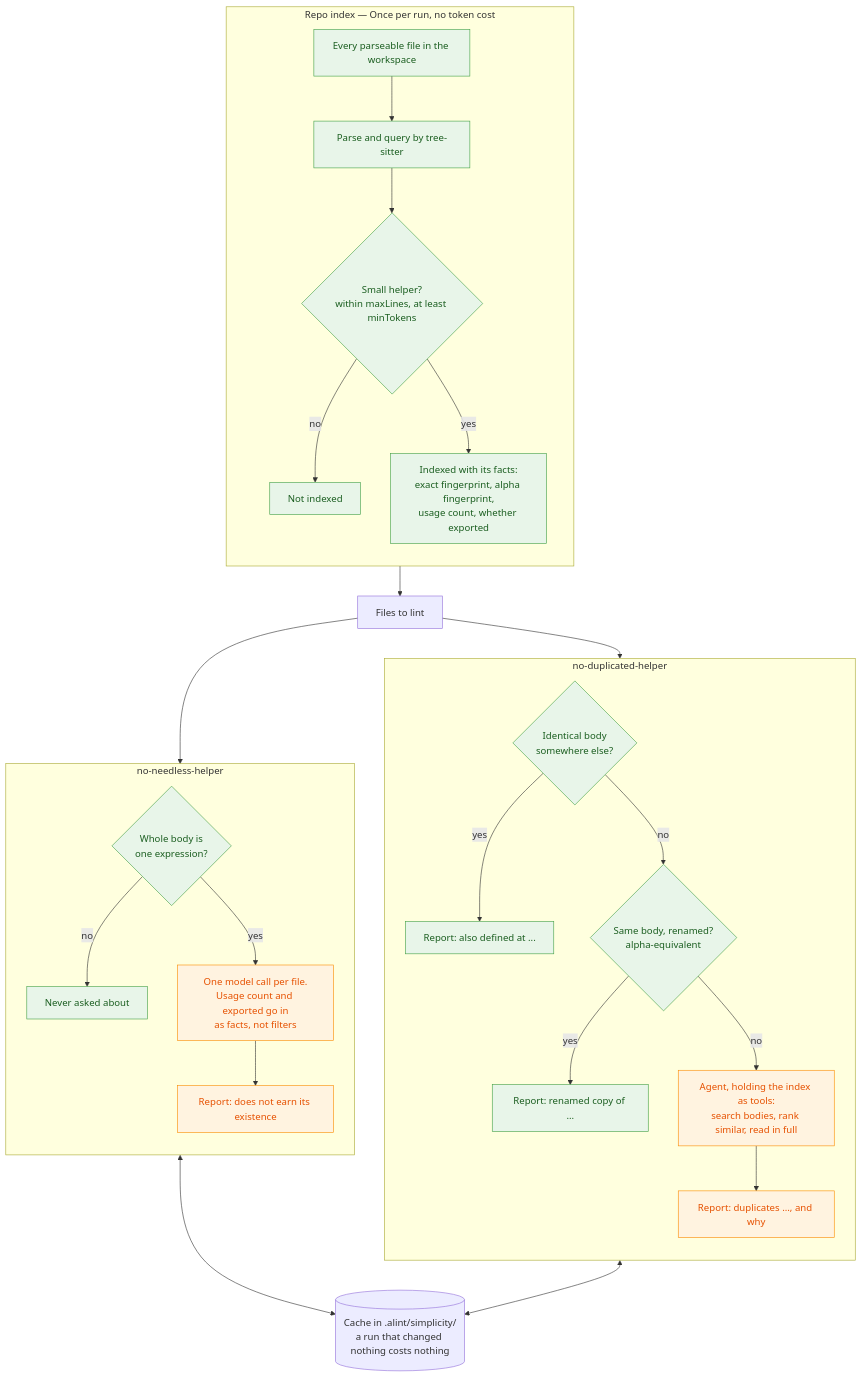
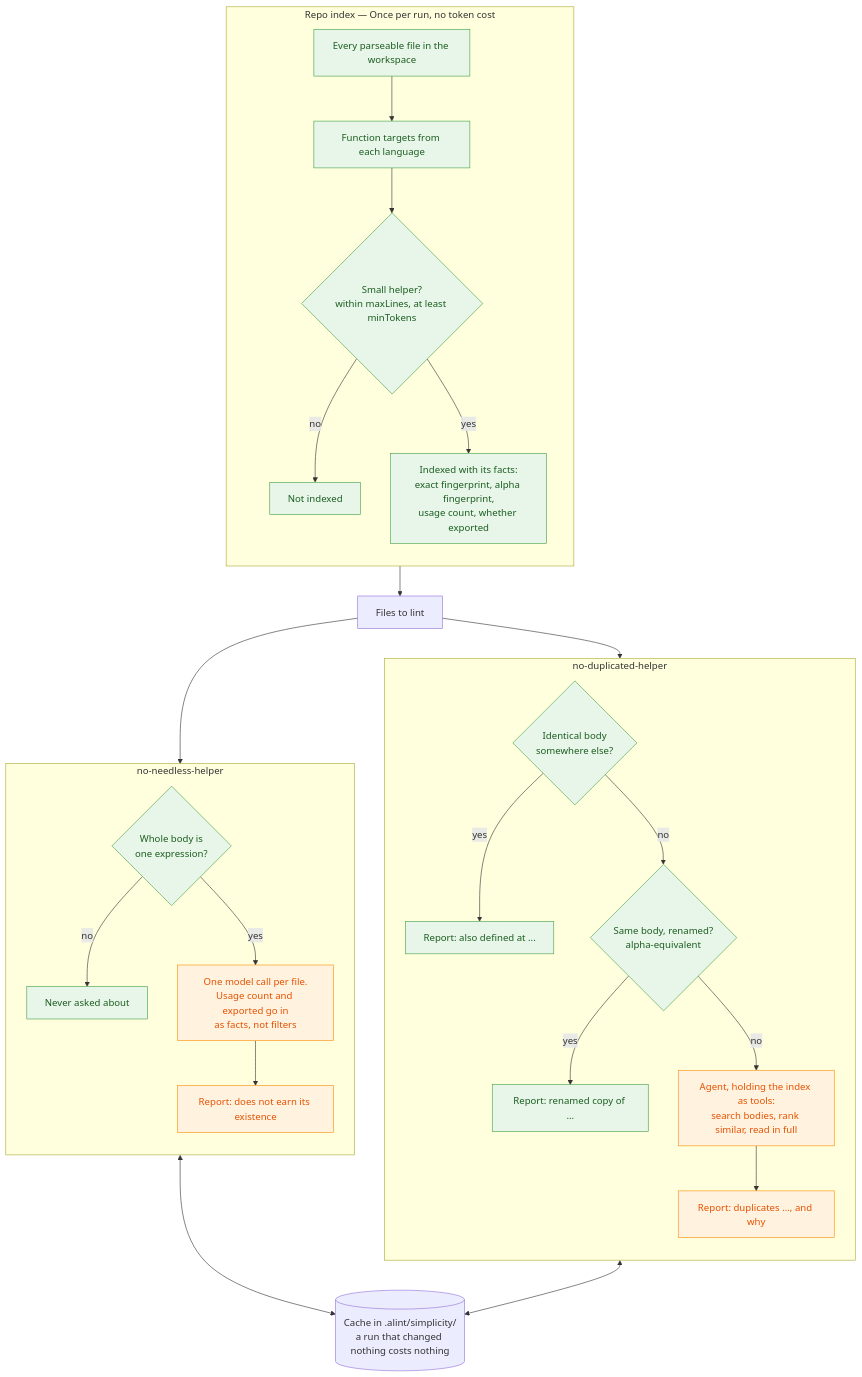
The diagram in packages/plugin-simplicity/README.md (moeru-ai/alint), drawn with Mermaid before and after one commit. The commit also changed other lines of this file and 9 other files, not shown here.

````diff
--- a/packages/plugin-simplicity/README.md
+++ b/packages/plugin-simplicity/README.md
@@ -19,42 +19,42 @@
 ```mermaid
 flowchart TB
   subgraph idx ["Repo index — Once per run, no token cost"]
     direction TB
     files["Every parseable file in the workspace"]
-    files --> parse["Parse and query by tree-sitter"]
+    files --> parse["Function targets from each language"]
     parse --> keep{"Small helper?<br/>within maxLines, at least minTokens"}
     keep -->|no| skip["Not indexed"]
     keep -->|yes| helpers["Indexed with its facts:<br/>exact fingerprint, alpha fingerprint,<br/>usage count, whether exported"]
   end
 
   helpers --> lint["Files to lint"]
   lint --> dup
   lint --> needless
 
   subgraph dup ["no-duplicated-helper"]
     direction TB
     d1{"Identical body<br/>somewhere else?"}
     d1 -->|yes| dr1["Report: also defined at ..."]
     d1 -->|no| d2{"Same body, renamed?<br/>alpha-equivalent"}
     d2 -->|yes| dr2["Report: renamed copy of ..."]
     d2 -->|no| d3["Agent, holding the index as tools:<br/>search bodies, rank similar, read in full"]
     d3 --> dr3["Report: duplicates ..., and why"]
   end
 
   subgraph needless ["no-needless-helper"]
     direction TB
     n1{"Whole body is<br/>one expression?"}
     n1 -->|no| nx["Never asked about"]
     n1 -->|yes| n2["One model call per file.<br/>Usage count and exported go in<br/>as facts, not filters"]
     n2 --> nr["Report: does not earn its existence"]
   end
 
   cache[("Cache in .alint/simplicity/<br/>a run that changed nothing costs nothing")]
   d3 <--> cache
   n2 <--> cache
 
   classDef free fill:#e8f5e9,stroke:#43a047,color:#1b5e20
   classDef paid fill:#fff3e0,stroke:#fb8c00,color:#e65100
   class files,parse,keep,skip,helpers,d1,d2,dr1,dr2,n1,nx free
   class d3,dr3,n2,nr paid
 ```
````
